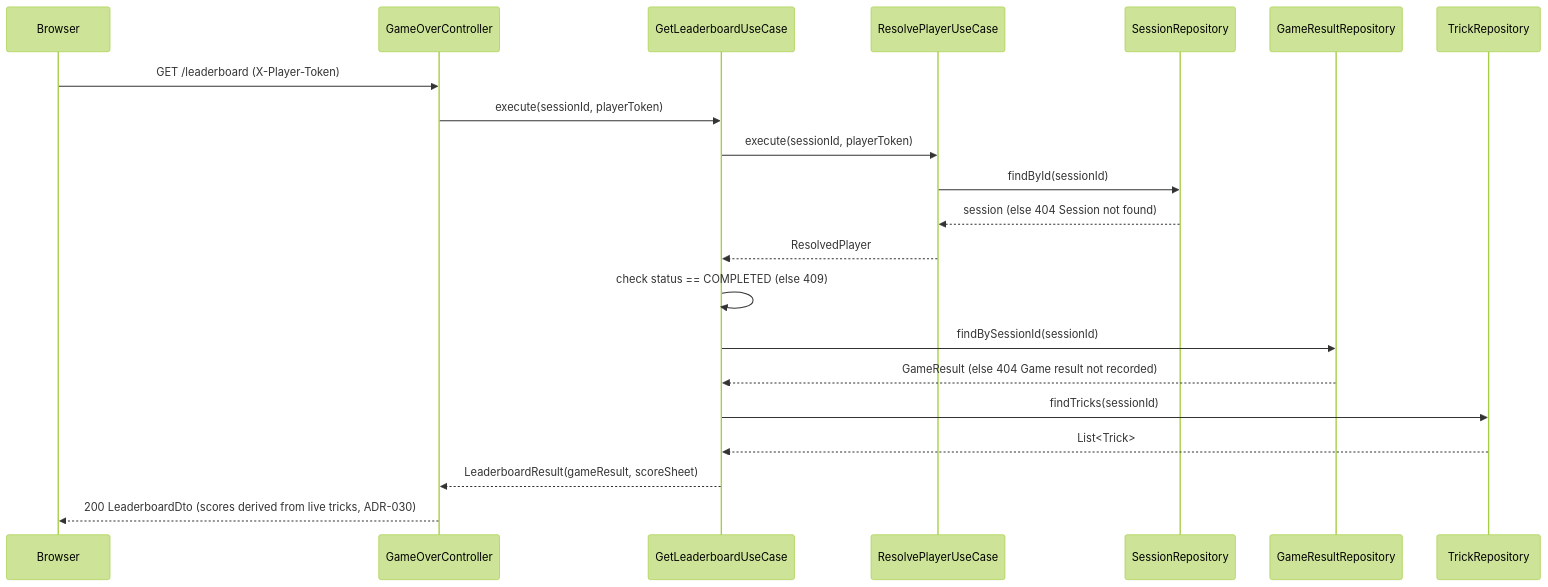
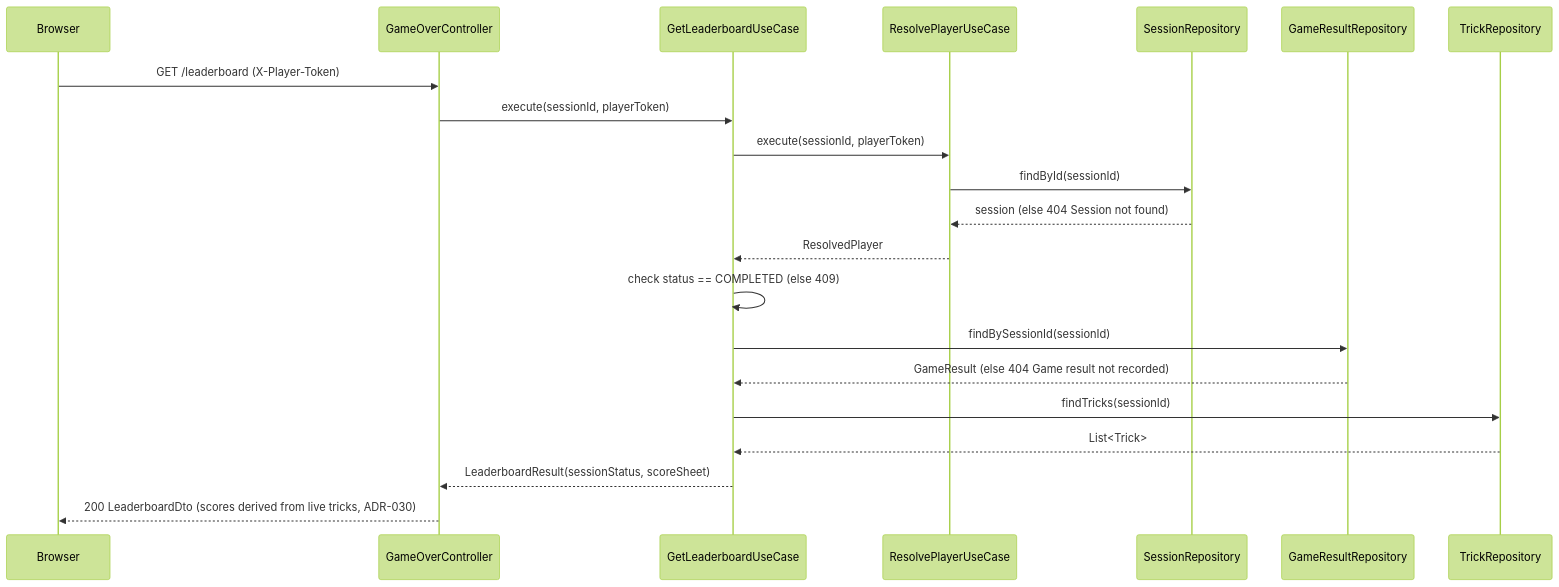
One commit to maglez/eop-threat-medeling changed diagram 11 of 12 in docs/architecture/runtime-view.md. Above: the diagram before and after it, drawn with Mermaid (forest theme). The commit also changed other lines of this file and 6 other files, not shown here.

````diff
--- a/docs/architecture/runtime-view.md
+++ b/docs/architecture/runtime-view.md
@@ -1214,24 +1214,24 @@
 ```mermaid
 sequenceDiagram
     participant Browser
     participant GameOverController
     participant GetLeaderboardUseCase
     participant ResolvePlayerUseCase
     participant SessionRepository
     participant GameResultRepository
     participant TrickRepository
 
     Browser->>GameOverController: GET /leaderboard (X-Player-Token)
     GameOverController->>GetLeaderboardUseCase: execute(sessionId, playerToken)
     GetLeaderboardUseCase->>ResolvePlayerUseCase: execute(sessionId, playerToken)
     ResolvePlayerUseCase->>SessionRepository: findById(sessionId)
     SessionRepository-->>ResolvePlayerUseCase: session (else 404 Session not found)
     ResolvePlayerUseCase-->>GetLeaderboardUseCase: ResolvedPlayer
     GetLeaderboardUseCase->>GetLeaderboardUseCase: check status == COMPLETED (else 409)
     GetLeaderboardUseCase->>GameResultRepository: findBySessionId(sessionId)
     GameResultRepository-->>GetLeaderboardUseCase: GameResult (else 404 Game result not recorded)
     GetLeaderboardUseCase->>TrickRepository: findTricks(sessionId)
     TrickRepository-->>GetLeaderboardUseCase: List<Trick>
-    GetLeaderboardUseCase-->>GameOverController: LeaderboardResult(gameResult, scoreSheet)
+    GetLeaderboardUseCase-->>GameOverController: LeaderboardResult(sessionStatus, scoreSheet)
     GameOverController-->>Browser: 200 LeaderboardDto (scores derived from live tricks, ADR-030)
 ```
````
